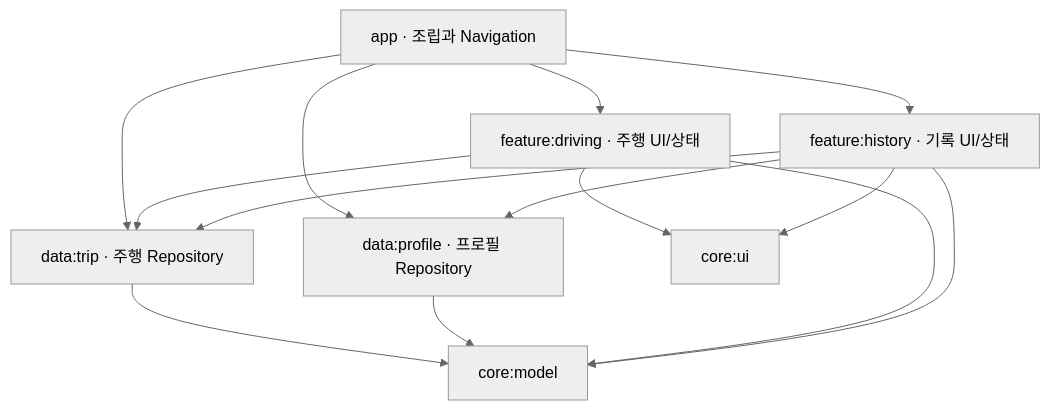
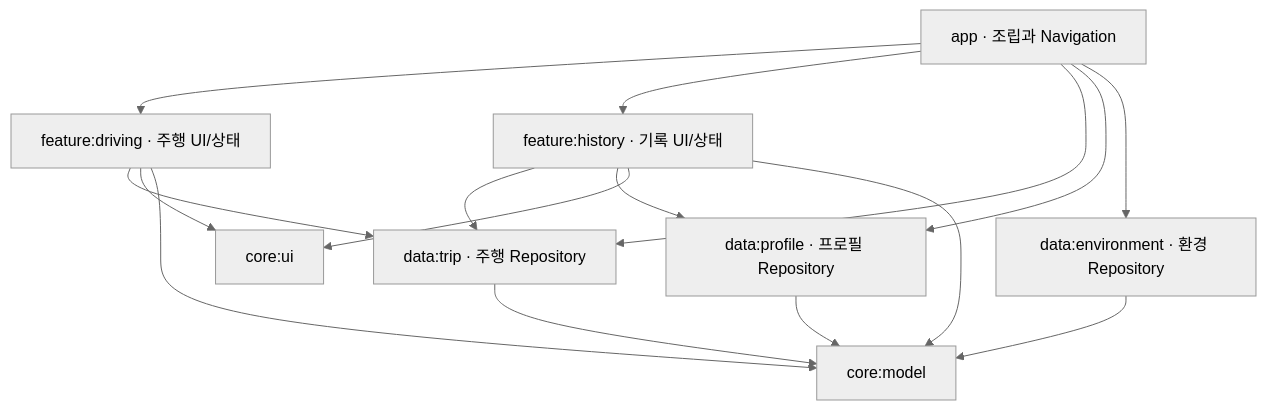
One commit to kako-labs/motion-care changed the diagram in docs/architecture.md. Above: the diagram before and after it, drawn with Mermaid (neutral theme). The commit also changed other lines of this file and 54 other files, not shown here.

````diff
--- a/docs/architecture.md
+++ b/docs/architecture.md
@@ -7,16 +7,18 @@
 ```mermaid
 flowchart TD
   App[app · 조립과 Navigation] --> Driving[feature:driving · 주행 UI/상태]
   App --> History[feature:history · 기록 UI/상태]
   App --> Data[data:trip · 주행 Repository]
   App --> Profile[data:profile · 프로필 Repository]
+  App --> Env[data:environment · 환경 Repository]
   Driving --> Data
   History --> Data
   History --> Profile
   Driving --> UI[core:ui]
   History --> UI
   Data --> Model[core:model]
   Profile --> Model
+  Env --> Model
   Driving --> Model
   History --> Model
 ```
````
